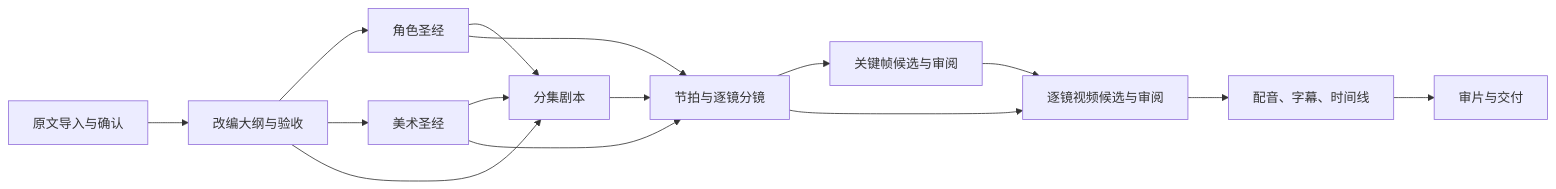
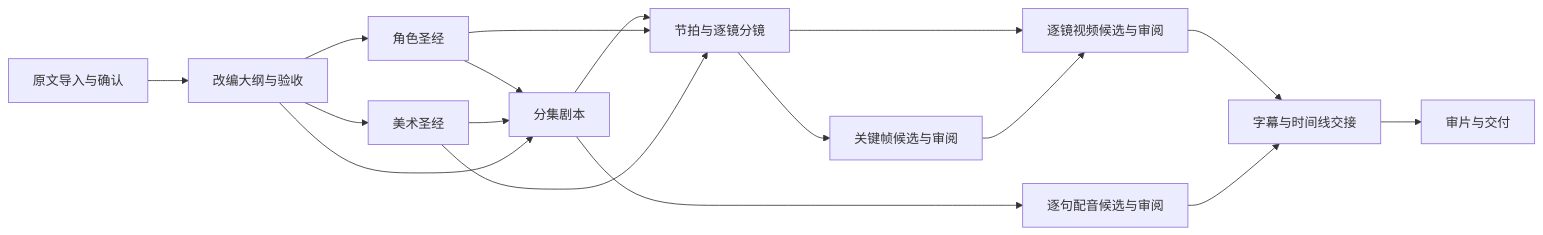
The diagram in outputs/PRODUCT_SPEC.md (skxox/xuzhen-studio), drawn with Mermaid before and after one commit. The commit also changed other lines of this file and 20 other files, not shown here.

````diff
--- a/outputs/PRODUCT_SPEC.md
+++ b/outputs/PRODUCT_SPEC.md
@@ -60,17 +60,19 @@
 ```mermaid
 flowchart LR
   Source[原文导入与确认] --> Outline[改编大纲与验收]
   Outline --> Characters[角色圣经]
   Outline --> Art[美术圣经]
   Characters --> Script[分集剧本]
   Art --> Script
   Outline --> Script
   Script --> ShotDesign[节拍与逐镜分镜]
   Characters --> ShotDesign
   Art --> ShotDesign
   ShotDesign --> Keyframes[关键帧候选与审阅]
   ShotDesign --> Video[逐镜视频候选与审阅]
   Keyframes --> Video
-  Video --> Post[配音、字幕、时间线]
+  Script --> Voice[逐句配音候选与审阅]
+  Video --> Post[字幕与时间线交接]
+  Voice --> Post
   Post --> Delivery[审片与交付]
 ```
````
